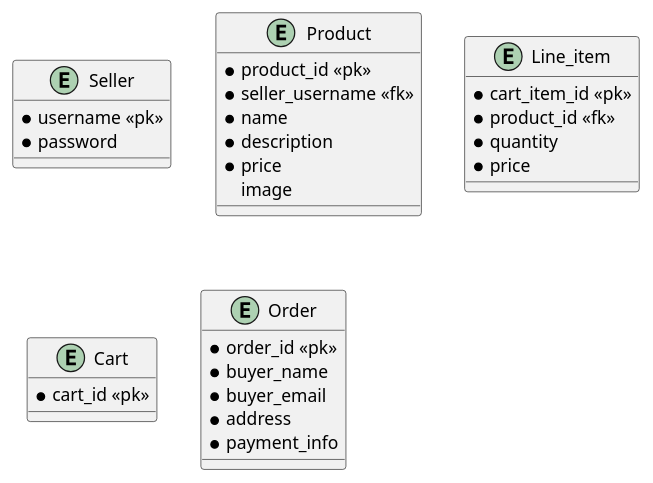
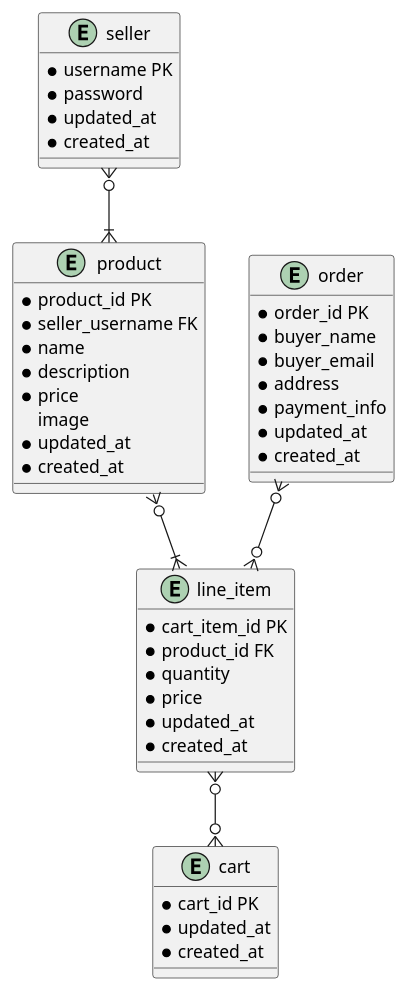
The diagram in docs/er_digram.puml (swayongshen/Depot), drawn with PlantUML before and after one commit. The commit also changed 1 other file, not shown here.

Commit message:
Update plantUML ER diagram as per convention

```diff
--- a/docs/er_digram.puml
+++ b/docs/er_digram.puml
@@ -1,38 +1,52 @@
 @startuml
 'https://plantuml.com/class-diagram
 
-entity Seller {
-    * username <<pk>>
+entity seller {
+    * username PK
     * password
+    * updated_at
+    * created_at
 }
 
-entity Product {
-    * product_id <<pk>>
-    * seller_username <<fk>>
+entity product {
+    * product_id PK
+    * seller_username FK
     * name
     * description
     * price
     image
+    * updated_at
+    * created_at
 }
 
-entity Line_item {
-    * cart_item_id <<pk>>
-    * product_id <<fk>>
+entity line_item {
+    * cart_item_id PK
+    * product_id FK
     * quantity
     * price
+    * updated_at
+    * created_at
 }
 
-entity Cart {
-    * cart_id <<pk>>
+entity cart {
+    * cart_id PK
+    * updated_at
+    * created_at
 }
 
-entity Order {
-    * order_id <<pk>>
+entity order {
+    * order_id PK
     * buyer_name
     * buyer_email
     * address
     * payment_info
+    * updated_at
+    * created_at
 }
 
+seller }o--|{ product
+product }o--|{ line_item
+line_item }o--o{ cart
+order }o--o{ line_item
 
 @enduml
```
